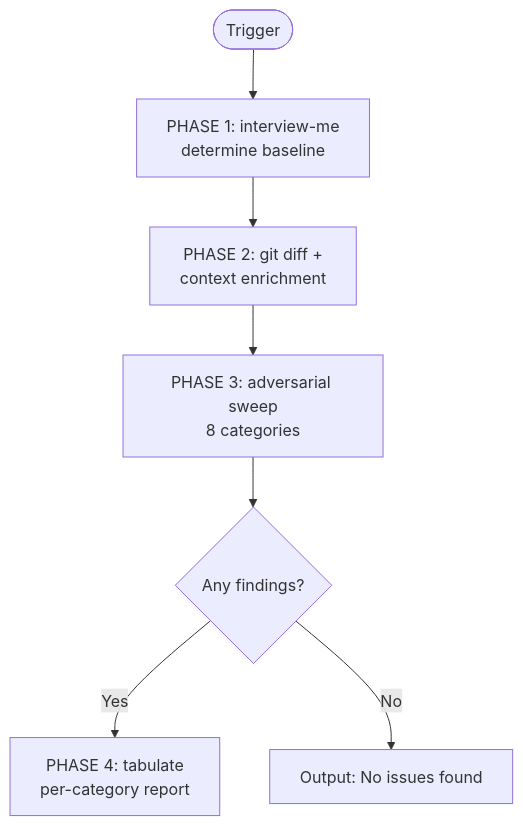
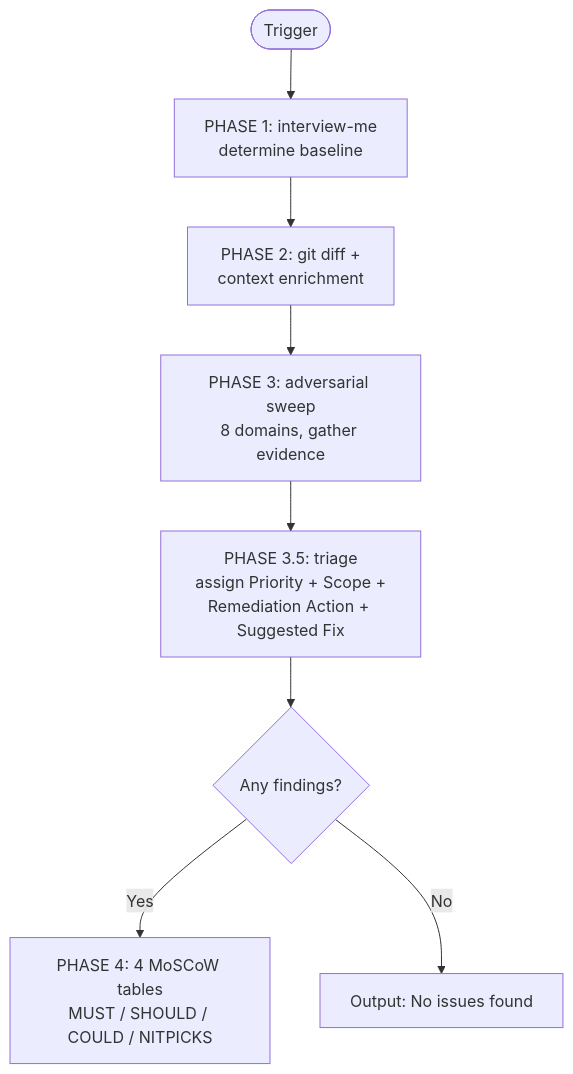
The diagram in skills/adversarial-review/SKILL.md (MegaByteMark/skills-to-pay-the-ai-bills), drawn with Mermaid before and after one commit. The commit also changed other lines of this file and 2 other files, not shown here.

First line of the commit message:
feat(adversarial-review): MoSCoW triage, extraction-grade output (v2.0.0)

````diff
--- a/skills/adversarial-review/SKILL.md
+++ b/skills/adversarial-review/SKILL.md
@@ -40,9 +51,10 @@
 ```mermaid
 flowchart TD
     TRIGGER(["Trigger"]) --> PH1["PHASE 1: interview-me<br>determine baseline"]
     PH1 --> PH2["PHASE 2: git diff +<br>context enrichment"]
-    PH2 --> PH3["PHASE 3: adversarial sweep<br>8 categories"]
-    PH3 --> FOUND{Any findings?}
-    FOUND -->|Yes| REPORT["PHASE 4: tabulate<br>per-category report"]
+    PH2 --> PH3["PHASE 3: adversarial sweep<br>8 domains, gather evidence"]
+    PH3 --> PH35["PHASE 3.5: triage<br>assign Priority + Scope +<br>Remediation Action + Suggested Fix"]
+    PH35 --> FOUND{Any findings?}
+    FOUND -->|Yes| REPORT["PHASE 4: 4 MoSCoW tables<br>MUST / SHOULD / COULD / NITPICKS"]
     FOUND -->|No| CLEAR["Output: No issues found"]
 ```
````
